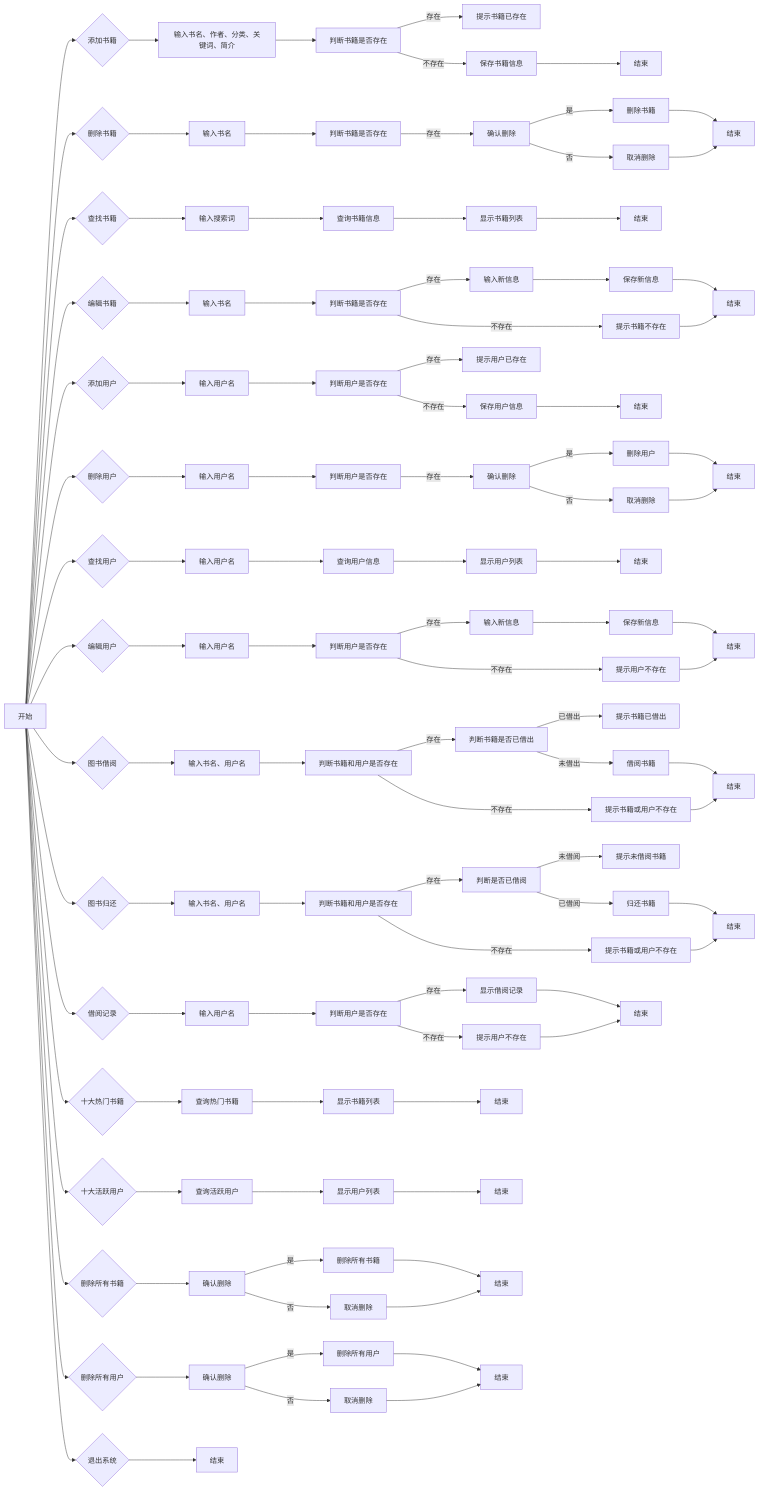
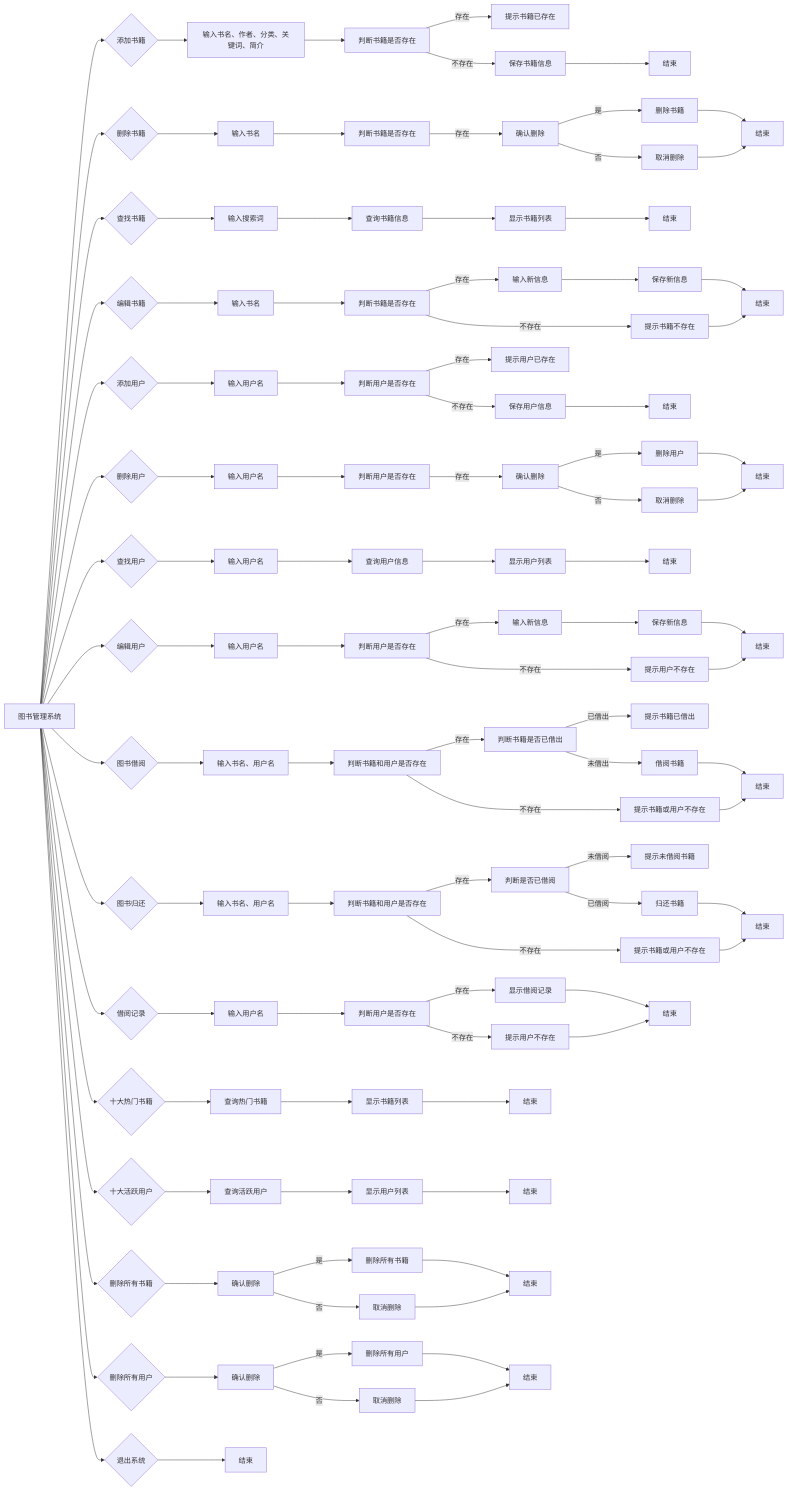
Before and after one commit to Horizonll/Library: the second of 3 diagrams in 说明书.md, drawn with Mermaid. The commit also changed other lines of this file and 8 other files, not shown here.

````diff
--- a/说明书.md
+++ b/说明书.md
@@ -190,6 +312,6 @@
 ```mermaid
 graph LR
-    A[开始] --> B{添加书籍}
+    A[图书管理系统] --> B{添加书籍}
     B --> C[输入书名、作者、分类、关键词、简介]
     C --> D[判断书籍是否存在]
     D -- 存在 --> E[提示书籍已存在]
````
